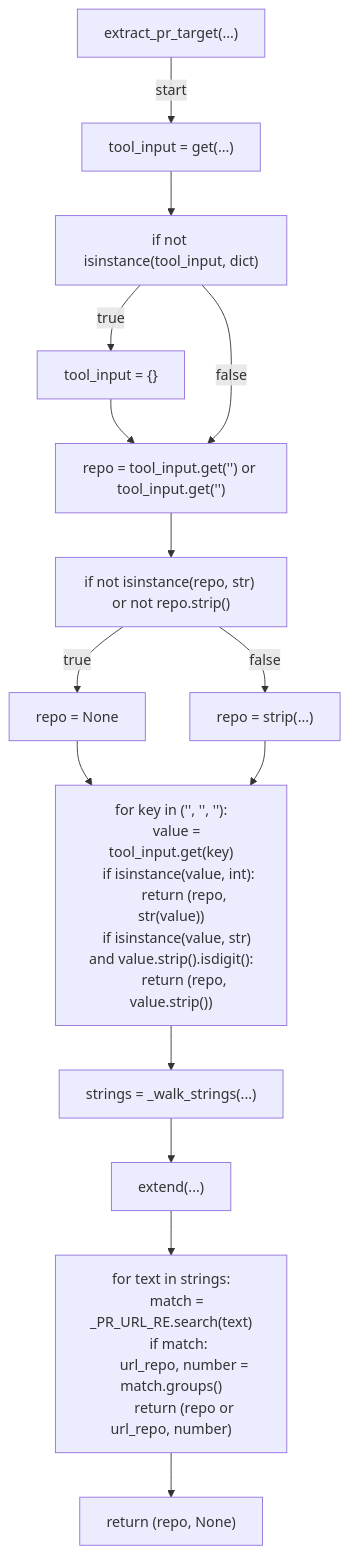
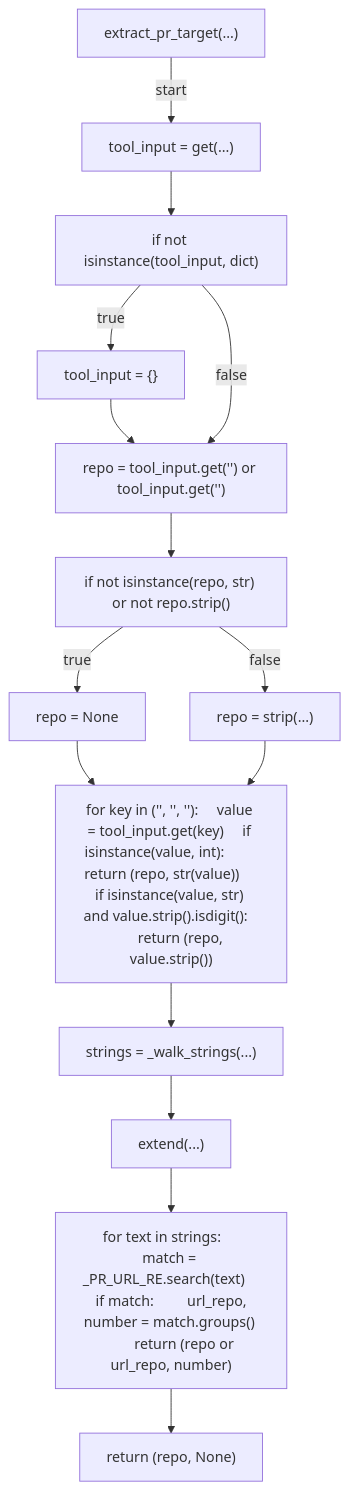
The second of 11 diagrams in docs/generated/scripts/ast/ci_early_status_probe.md (tvna/claude-md), drawn with Mermaid before and after one commit. The commit also changed other lines of this file and 20 other files, not shown here.

First line of the commit message:
docs(generated): regenerate decision tree and workflow diagrams (batch 1/5)

````diff
--- a/docs/generated/scripts/ast/ci_early_status_probe.md
+++ b/docs/generated/scripts/ast/ci_early_status_probe.md
@@ -38,39 +36,30 @@
 ```mermaid
 flowchart TD
     N001["extract_pr_target(...)"]
     N002["tool_input = get(...)"]
     N003["if not isinstance(tool_input, dict)"]
     N004["tool_input = {}"]
     N005["repo = tool_input.get('<str>') or tool_input.get('<str>')"]
     N006["if not isinstance(repo, str) or not repo.strip()"]
     N007["repo = None"]
     N008["repo = strip(...)"]
-    N009["for key in ('<str>', '<str>', '<str>'):
-    value = tool_input.get(key)
-    if isinstance(value, int):
-        return (repo, str(value))
-    if isinstance(value, str) and value.strip().isdigit():
-        return (repo, value.strip())"]
+    N009["for key in ('<str>', '<str>', '<str>'):     value = tool_input.get(key)     if isinstance(value, int):         return (repo, str(value))     if isinstance(value, str) and value.strip().isdigit():         return (repo, value.strip())"]
     N010["strings = _walk_strings(...)"]
     N011["extend(...)"]
-    N012["for text in strings:
-    match = _PR_URL_RE.search(text)
-    if match:
-        url_repo, number = match.groups()
-        return (repo or url_repo, number)"]
+    N012["for text in strings:     match = _PR_URL_RE.search(text)     if match:         url_repo, number = match.groups()         return (repo or url_repo, number)"]
     N013["return (repo, None)"]
     N001 -->|"start"| N002
     N002 --> N003
     N003 -->|"true"| N004
     N004 --> N005
     N003 -->|"false"| N005
     N005 --> N006
     N006 -->|"true"| N007
     N006 -->|"false"| N008
     N007 --> N009
     N008 --> N009
     N009 --> N010
     N010 --> N011
     N011 --> N012
     N012 --> N013
 ```
````
